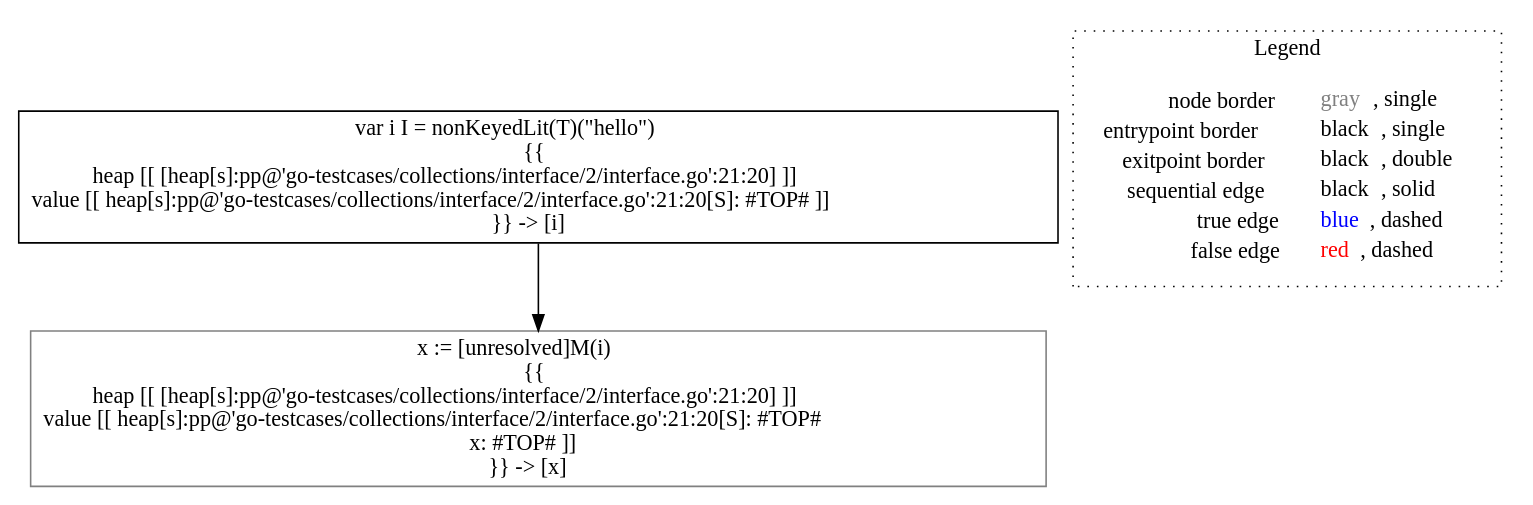
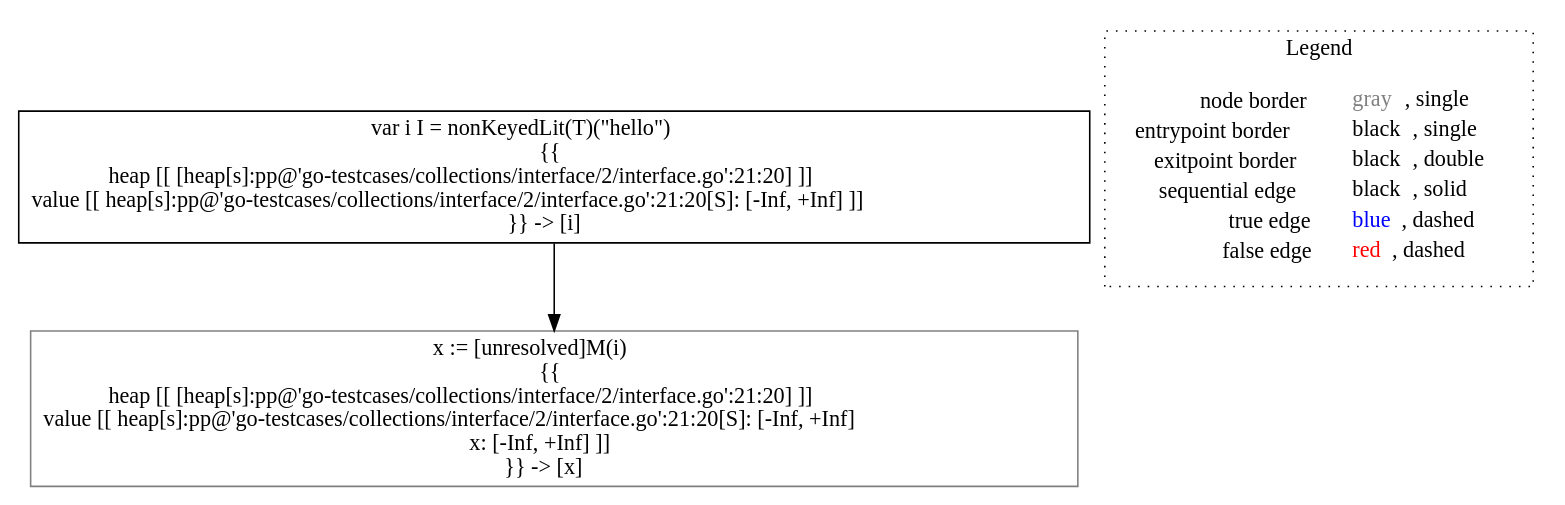
Before and after one commit to lisa-analyzer/go-lisa: the diagram in go-lisa/go-testcases/collections/interface/2/analysis___untyped_~LiSAProgram.main().dot, drawn with Graphviz. The commit also changed 25 other files, not shown here.

```diff
--- a/go-lisa/go-testcases/collections/interface/2/analysis___untyped_~LiSAProgram.main().dot
+++ b/go-lisa/go-testcases/collections/interface/2/analysis___untyped_~LiSAProgram.main().dot
@@ -1,12 +1,12 @@
 digraph {
-	"node0" [shape="rect",color="black",label=<var i I = nonKeyedLit(T)(&quot;hello&quot;)<BR/>{{<BR/>heap [[ [heap[s]:pp@'go-testcases/collections/interface/2/interface.go':21:20] ]]<BR/>value [[ heap[s]:pp@'go-testcases/collections/interface/2/interface.go':21:20[S]: #TOP# ]]<BR/>}} -&gt; [i]>];
-	"node1" [shape="rect",color="gray",label=<x := [unresolved]M(i)<BR/>{{<BR/>heap [[ [heap[s]:pp@'go-testcases/collections/interface/2/interface.go':21:20] ]]<BR/>value [[ heap[s]:pp@'go-testcases/collections/interface/2/interface.go':21:20[S]: #TOP#<BR/>x: #TOP# ]]<BR/>}} -&gt; [x]>];
+	"node0" [shape="rect",color="black",label=<var i I = nonKeyedLit(T)(&quot;hello&quot;)<BR/>{{<BR/>heap [[ [heap[s]:pp@'go-testcases/collections/interface/2/interface.go':21:20] ]]<BR/>value [[ heap[s]:pp@'go-testcases/collections/interface/2/interface.go':21:20[S]: [-Inf, +Inf] ]]<BR/>}} -&gt; [i]>];
+	"node1" [shape="rect",color="gray",label=<x := [unresolved]M(i)<BR/>{{<BR/>heap [[ [heap[s]:pp@'go-testcases/collections/interface/2/interface.go':21:20] ]]<BR/>value [[ heap[s]:pp@'go-testcases/collections/interface/2/interface.go':21:20[S]: [-Inf, +Inf]<BR/>x: [-Inf, +Inf] ]]<BR/>}} -&gt; [x]>];
 	"node0" -> "node1" [color="black"];
 subgraph cluster_legend {
 	label="Legend";
 	style=dotted;
 	node [shape=plaintext];
 	"legend" [label=<<table border="0" cellpadding="2" cellspacing="0" cellborder="0"><tr><td align="right">node border&nbsp;</td><td align="left"><font color="gray">gray</font>, single</td></tr><tr><td align="right">entrypoint border&nbsp;</td><td align="left"><font color="black">black</font>, single</td></tr><tr><td align="right">exitpoint border&nbsp;</td><td align="left"><font color="black">black</font>, double</td></tr><tr><td align="right">sequential edge&nbsp;</td><td align="left"><font color="black">black</font>, solid</td></tr><tr><td align="right">true edge&nbsp;</td><td align="left"><font color="blue">blue</font>, dashed</td></tr><tr><td align="right">false edge&nbsp;</td><td align="left"><font color="red">red</font>, dashed</td></tr></table>>];
 }
 
 }
```
